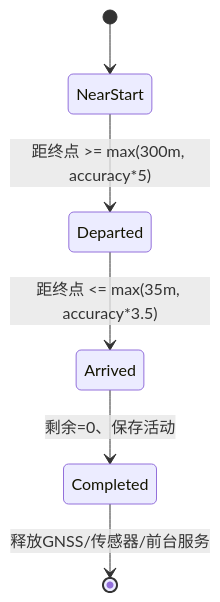
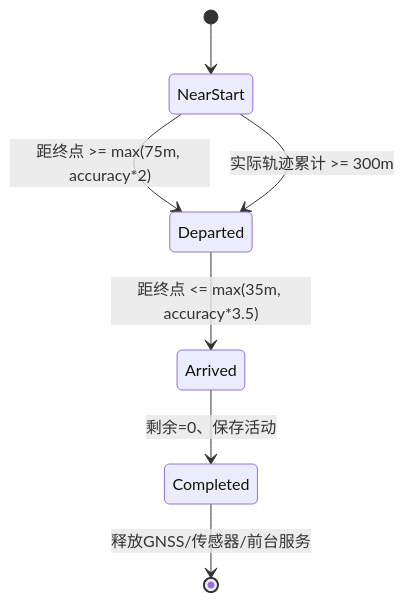
One commit to yzgpk2002/watchnav changed the third of 3 diagrams in docs/TECHNICAL_ARCHITECTURE.md. Above: the diagram before and after it, drawn with Mermaid. The commit also changed other lines of this file and 185 other files, not shown here.

````diff
--- a/docs/TECHNICAL_ARCHITECTURE.md
+++ b/docs/TECHNICAL_ARCHITECTURE.md
@@ -182,8 +213,9 @@
 ```mermaid
 stateDiagram-v2
     [*] --> NearStart
-    NearStart --> Departed: 距终点 >= max(300m, accuracy*5)
+    NearStart --> Departed: 距终点 >= max(75m, accuracy*2)
+    NearStart --> Departed: 实际轨迹累计 >= 300m
     Departed --> Arrived: 距终点 <= max(35m, accuracy*3.5)
     Arrived --> Completed: 剩余=0、保存活动
     Completed --> [*]: 释放GNSS/传感器/前台服务
 ```
````
